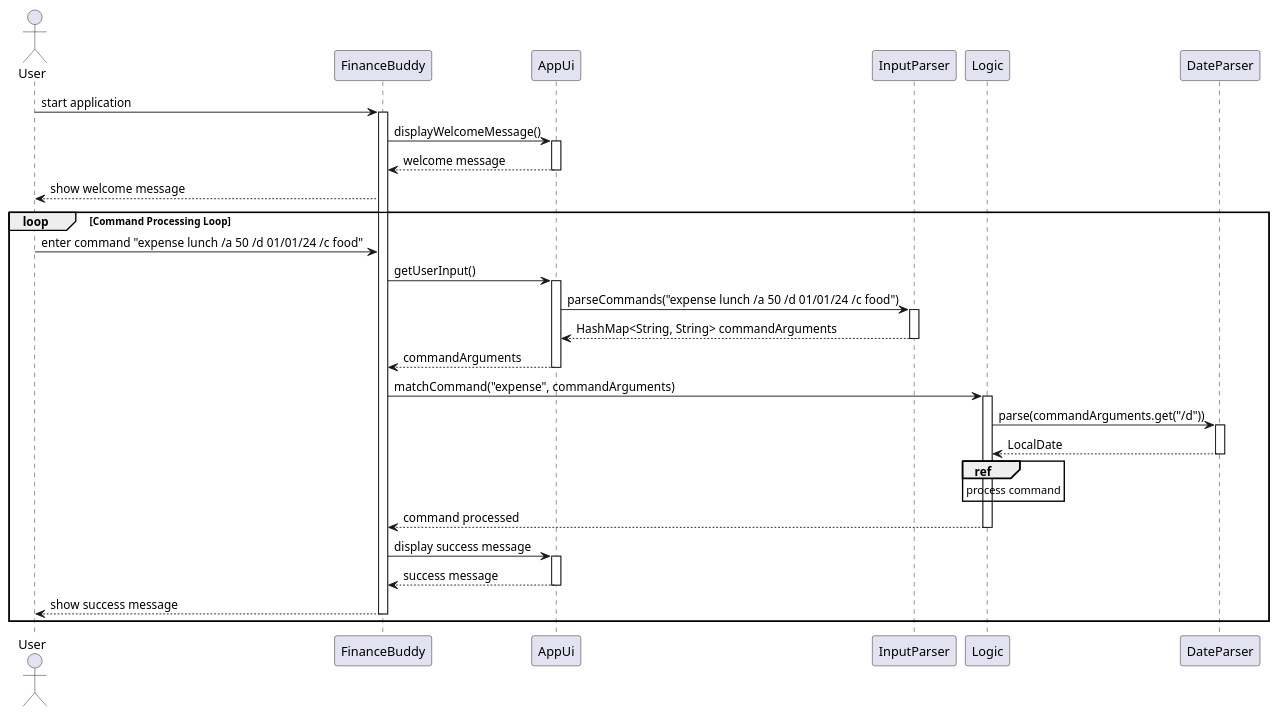
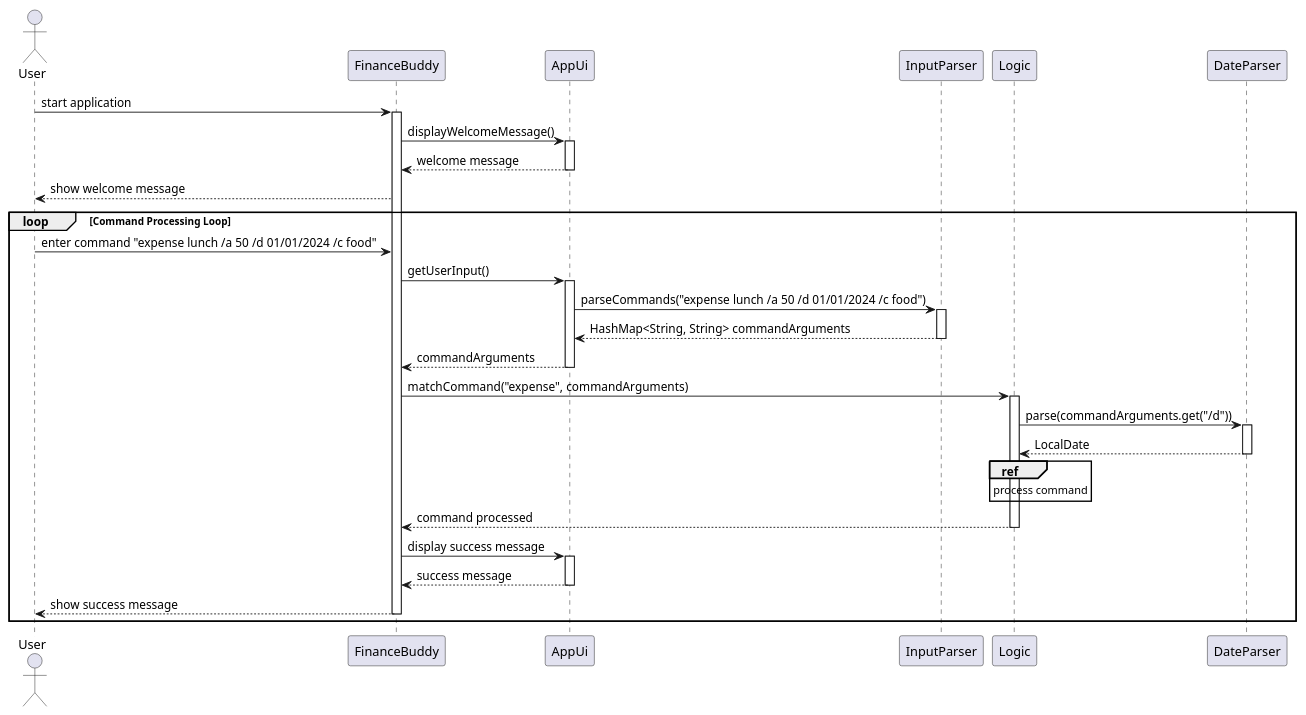
One commit to nus-cs2113-AY2425S1/tp changed the diagram in docs/UML/UiParserSequence.puml. Above: the diagram before and after it, drawn with PlantUML. The commit also changed 1 other file, not shown here.

Commit message:
Update Ui Parser Diagram

```diff
--- a/docs/UML/UiParserSequence.puml
+++ b/docs/UML/UiParserSequence.puml
@@ -1,42 +1,42 @@
 @startuml
 actor User
 User -> FinanceBuddy : start application
 activate FinanceBuddy
 FinanceBuddy -> AppUi : displayWelcomeMessage()
 activate AppUi
 AppUi --> FinanceBuddy : welcome message
 deactivate AppUi
 FinanceBuddy --> User : show welcome message
 
 loop Command Processing Loop
-    User -> FinanceBuddy : enter command "expense lunch /a 50 /d 01/01/24 /c food"
+    User -> FinanceBuddy : enter command "expense lunch /a 50 /d 01/01/2024 /c food"
     FinanceBuddy -> AppUi : getUserInput()
     activate AppUi
-    AppUi -> InputParser : parseCommands("expense lunch /a 50 /d 01/01/24 /c food")
+    AppUi -> InputParser : parseCommands("expense lunch /a 50 /d 01/01/2024 /c food")
     activate InputParser
     InputParser --> AppUi : HashMap<String, String> commandArguments
     deactivate InputParser
     AppUi --> FinanceBuddy : commandArguments
     deactivate AppUi
 
     FinanceBuddy -> Logic : matchCommand("expense", commandArguments)
     activate Logic
 
     Logic -> DateParser : parse(commandArguments.get("/d"))
     activate DateParser
     DateParser --> Logic : LocalDate
     deactivate DateParser
 
     ref over Logic : process command
     Logic --> FinanceBuddy : command processed
 
     deactivate Logic
 
     FinanceBuddy -> AppUi : display success message
     activate AppUi
     AppUi --> FinanceBuddy : success message
     deactivate AppUi
     FinanceBuddy --> User : show success message
     deactivate FinanceBuddy
 end
 @enduml
```
